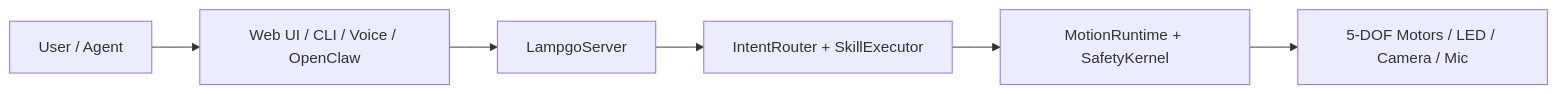
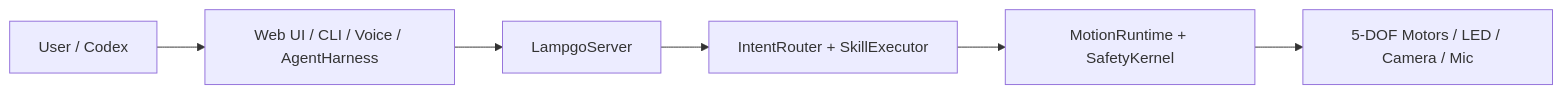
The diagram in README.en.md (ninsmiracle/YareLampGo), drawn with Mermaid before and after one commit. The commit also changed other lines of this file and 76 other files, not shown here.

First line of the commit message:
Replace OpenClaw with local Codex harness (#39)

````diff
--- a/README.en.md
+++ b/README.en.md
@@ -139,8 +139,8 @@
 ```mermaid
 flowchart LR
-  user["User / Agent"] --> entry["Web UI / CLI / Voice / OpenClaw"]
+  user["User / Codex"] --> entry["Web UI / CLI / Voice / AgentHarness"]
   entry --> server["LampgoServer"]
   server --> skills["IntentRouter + SkillExecutor"]
   skills --> safety["MotionRuntime + SafetyKernel"]
   safety --> hardware["5-DOF Motors / LED / Camera / Mic"]
 ```
````
